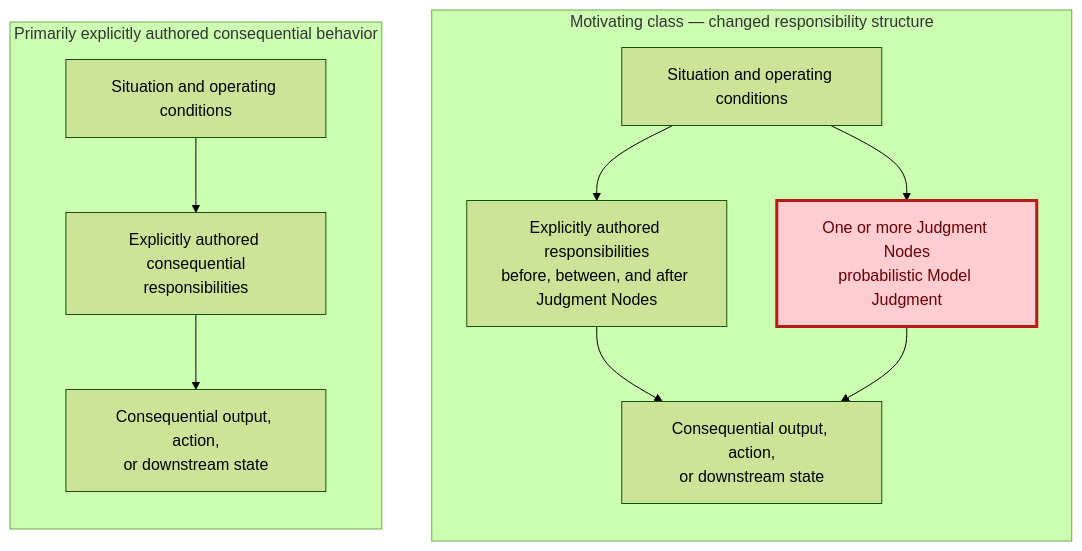
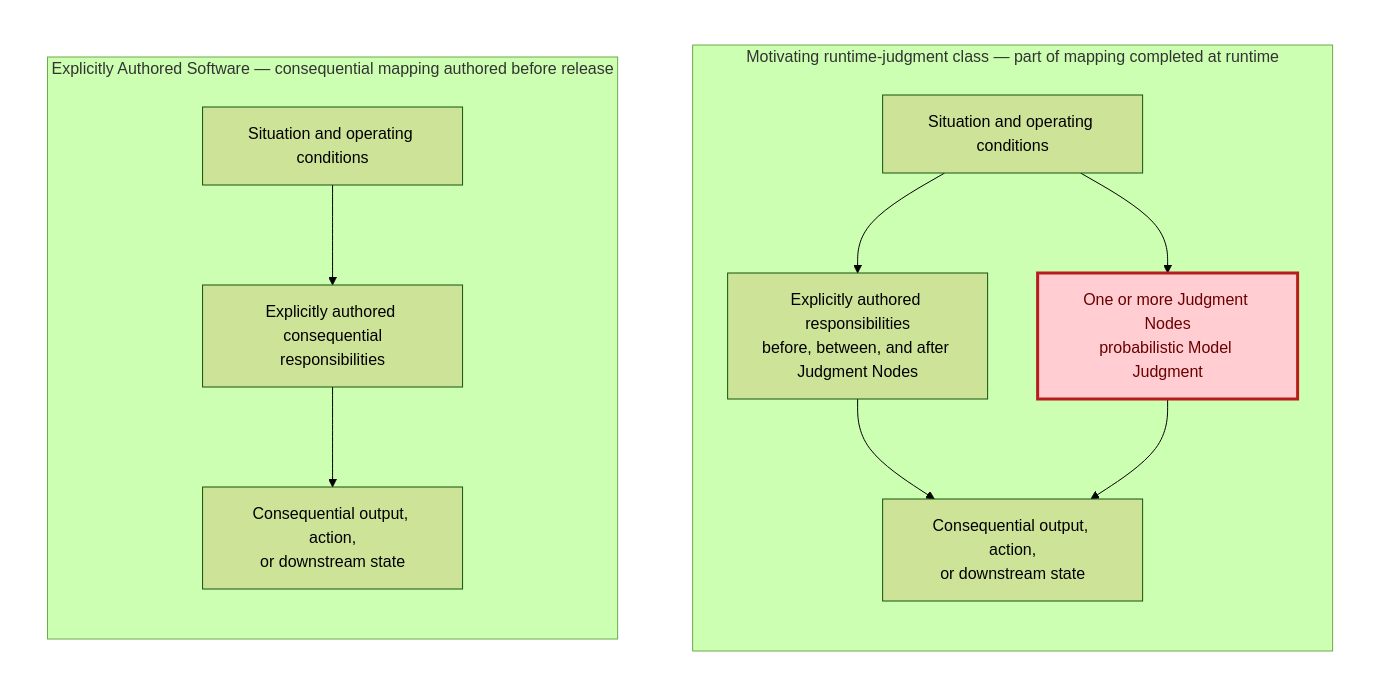
Before and after one commit to UncertaintyArchitectureGroup/uncertainty-architecture: the third of 15 diagrams in content/research/notes/open-engineering-specification-article-draft.md, drawn with Mermaid (forest theme). The commit also changed other lines of this file and 7 other files, not shown here.

Commit message:
research: repair and guard architectural diagram layouts

````diff
--- a/content/research/notes/open-engineering-specification-article-draft.md
+++ b/content/research/notes/open-engineering-specification-article-draft.md
@@ -222,25 +222,26 @@
 ```mermaid
-flowchart LR
-    subgraph A["Primarily explicitly authored consequential behavior"]
-        direction TB
-        A1["Situation and operating conditions"]
-        A2["Explicitly authored consequential<br/>responsibilities"]
-        A3["Consequential output, action,<br/>or downstream state"]
-        A1 --> A2 --> A3
+flowchart TB
+    subgraph ROW3[" "]
+        direction LR
+        subgraph A["Explicitly Authored Software — consequential mapping authored before release"]
+            direction TB
+            A1["Situation and operating conditions"]
+            A2["Explicitly authored consequential<br/>responsibilities"]
+            A3["Consequential output, action,<br/>or downstream state"]
+            A1 --> A2 --> A3
+        end
+        subgraph B["Motivating runtime-judgment class — part of mapping completed at runtime"]
+            direction TB
+            B1["Situation and operating conditions"]
+            B2["Explicitly authored responsibilities<br/>before, between, and after Judgment Nodes"]
+            J1["One or more Judgment Nodes<br/>probabilistic Model Judgment"]
+            B3["Consequential output, action,<br/>or downstream state"]
+            B1 --> B2 --> B3
+            B1 --> J1 --> B3
+        end
+        A2 ~~~ J1
     end
-
-    subgraph B["Motivating class — changed responsibility structure"]
-        direction TB
-        B1["Situation and operating conditions"]
-        B2["Explicitly authored responsibilities<br/>before, between, and after Judgment Nodes"]
-        J1["One or more Judgment Nodes<br/>probabilistic Model Judgment"]
-        B3["Consequential output, action,<br/>or downstream state"]
-        B1 --> B2 --> B3
-        B1 --> J1 --> B3
-    end
-
-    A2 ~~~ J1
-
     classDef judgment fill:#ffcdd2,stroke:#b71c1c,stroke-width:3px,color:#6a0000;
     class J1 judgment;
+    style ROW3 fill:transparent,stroke:transparent
 ```
````
